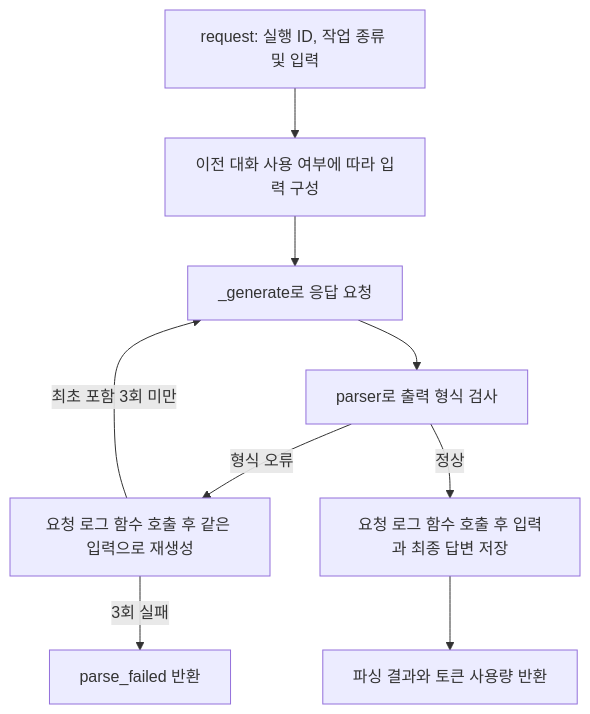
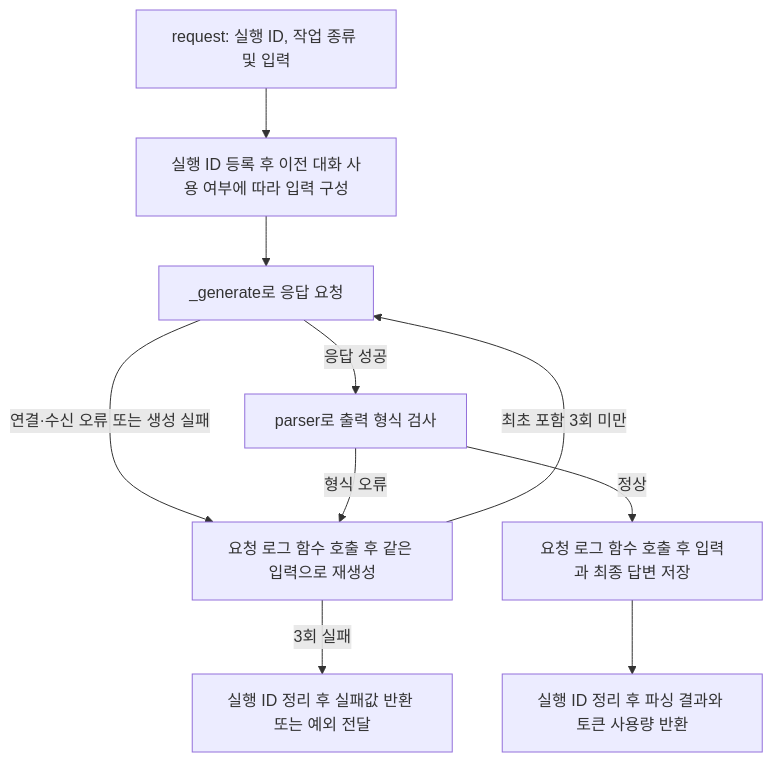
The diagram in docs/local-llm-runner.md (Inha-zero-two/private-llm-pipeline), drawn with Mermaid before and after one commit. The commit also changed other lines of this file and 4 other files, not shown here.

````diff
--- a/docs/local-llm-runner.md
+++ b/docs/local-llm-runner.md
@@ -9,11 +9,12 @@
 ```mermaid
 flowchart TD
-    A["request: 실행 ID, 작업 종류 및 입력"] --> B["이전 대화 사용 여부에 따라 입력 구성"]
+    A["request: 실행 ID, 작업 종류 및 입력"] --> B["실행 ID 등록 후 이전 대화 사용 여부에 따라 입력 구성"]
     B --> C["_generate로 응답 요청"]
-    C --> D["parser로 출력 형식 검사"]
+    C -->|응답 성공| D["parser로 출력 형식 검사"]
+    C -->|연결·수신 오류 또는 생성 실패| E
     D -->|형식 오류| E["요청 로그 함수 호출 후 같은 입력으로 재생성"]
     E -->|최초 포함 3회 미만| C
-    E -->|3회 실패| F["parse_failed 반환"]
+    E -->|3회 실패| F["실행 ID 정리 후 실패값 반환 또는 예외 전달"]
     D -->|정상| G["요청 로그 함수 호출 후 입력과 최종 답변 저장"]
-    G --> H["파싱 결과와 토큰 사용량 반환"]
+    G --> H["실행 ID 정리 후 파싱 결과와 토큰 사용량 반환"]
 ```
````
